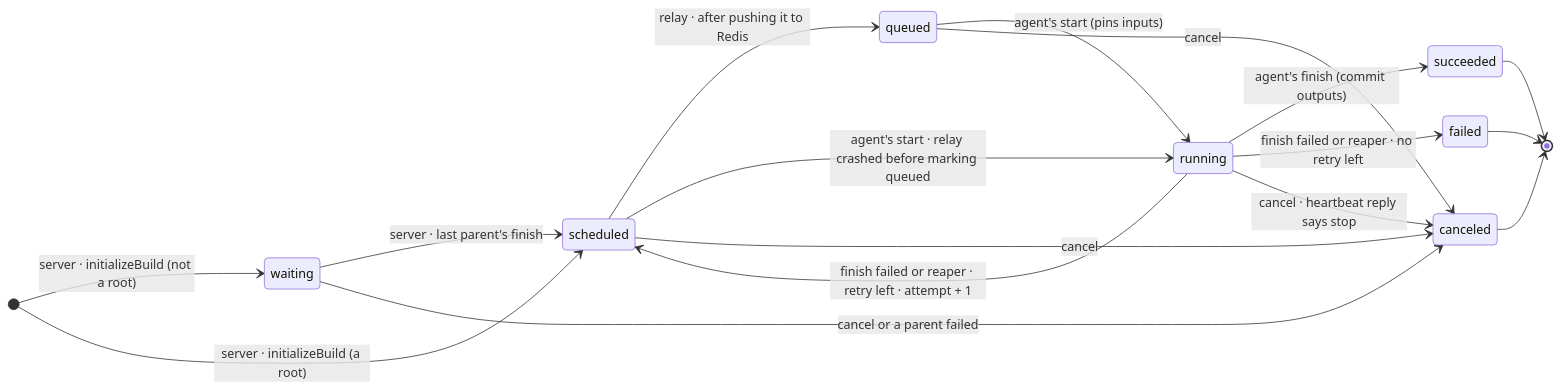
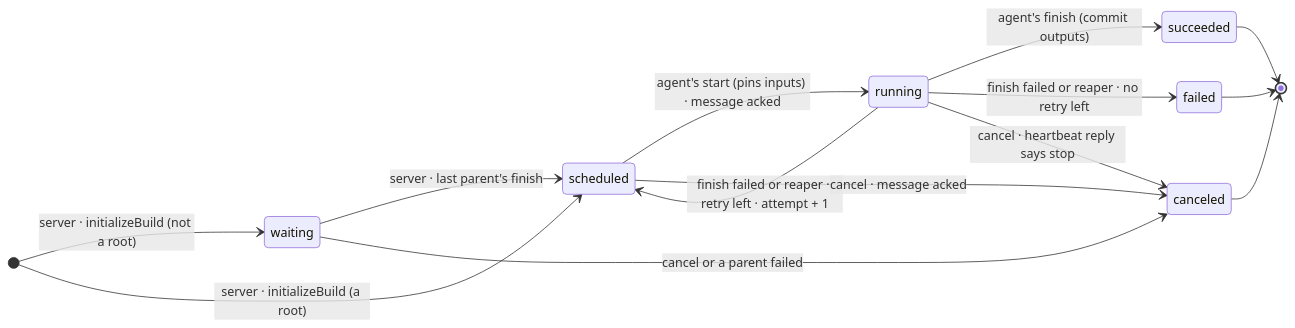
One commit to RolandTeslaru/Quarry changed the third of 3 diagrams in docs/design/forge.md. Above: the diagram before and after it, drawn with Mermaid. The commit also changed other lines of this file and 64 other files, not shown here.

````diff
--- a/docs/design/forge.md
+++ b/docs/design/forge.md
@@ -236,21 +231,18 @@
 ```mermaid
 stateDiagram-v2
     direction LR
 
     [*] --> waiting: server · initializeBuild (not a root)
     [*] --> scheduled: server · initializeBuild (a root)
     waiting --> scheduled: server · last parent's finish
-    scheduled --> queued: relay · after pushing it to Redis
-    scheduled --> running: agent's start · relay crashed before marking queued
-    queued --> running: agent's start (pins inputs)
+    scheduled --> running: agent's start (pins inputs) · message acked
     running --> succeeded: agent's finish (commit outputs)
     running --> scheduled: finish failed or reaper · retry left · attempt + 1
     running --> failed: finish failed or reaper · no retry left
     waiting --> canceled: cancel or a parent failed
-    scheduled --> canceled: cancel
-    queued --> canceled: cancel
+    scheduled --> canceled: cancel · message acked
     running --> canceled: cancel · heartbeat reply says stop
     succeeded --> [*]
     failed --> [*]
     canceled --> [*]
 ```
````
